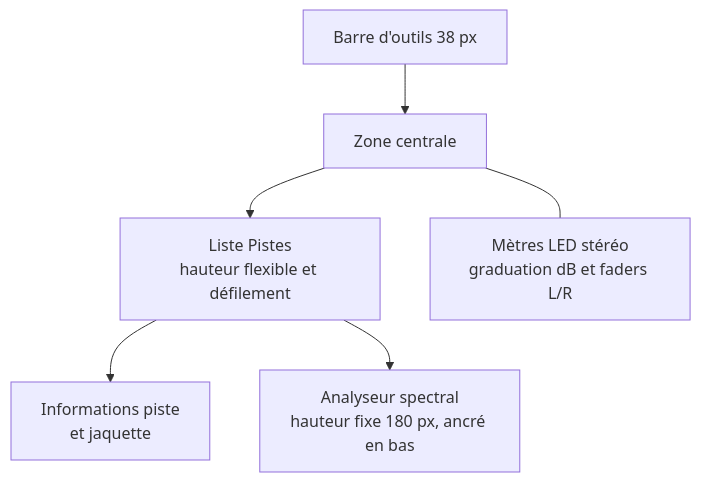
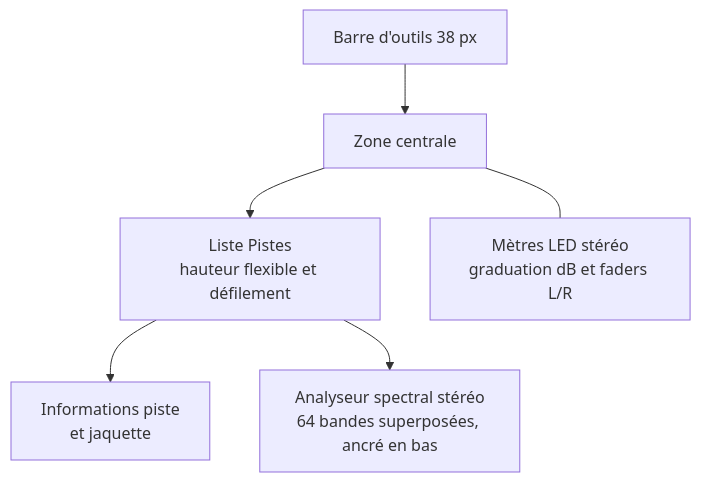
The second of 3 diagrams in docs/ARCHITECTURE.md (Conan42/Play), drawn with Mermaid before and after one commit. The commit also changed other lines of this file and 6 other files, not shown here.

````diff
--- a/docs/ARCHITECTURE.md
+++ b/docs/ARCHITECTURE.md
@@ -58,14 +58,14 @@
 ```mermaid
 flowchart TB
     Toolbar[Barre d'outils 38 px]
     Main[Zone centrale]
     Tracks[Liste Pistes\nhauteur flexible et défilement]
     Info[Informations piste\net jaquette]
-    Spectrum[Analyseur spectral\nhauteur fixe 180 px, ancré en bas]
+    Spectrum[Analyseur spectral stéréo\n64 bandes superposées, ancré en bas]
     Stereo[Mètres LED stéréo\ngraduation dB et faders L/R]
     Toolbar --> Main
     Main --> Tracks
     Tracks --> Info
     Tracks --> Spectrum
     Main --- Stereo
 ```
````
